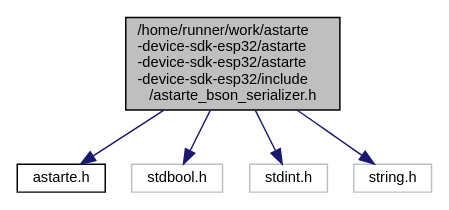
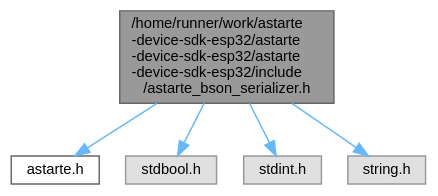
One commit to astarte-platform/docs changed the diagram in device-sdks/esp32/snapshot/api/astarte__bson__serializer_8h__incl.dot. Above: the diagram before and after it, drawn with Graphviz. The commit also changed 181 other files, not shown here.

Commit message:
Update ESP32 SDK documentation

```diff
--- a/device-sdks/esp32/snapshot/api/astarte__bson__serializer_8h__incl.dot
+++ b/device-sdks/esp32/snapshot/api/astarte__bson__serializer_8h__incl.dot
@@ -1,15 +1,16 @@
 digraph "/home/runner/work/astarte-device-sdk-esp32/astarte-device-sdk-esp32/astarte-device-sdk-esp32/include/astarte_bson_serializer.h"
 {
  // LATEX_PDF_SIZE
-  edge [fontname="Helvetica",fontsize="10",labelfontname="Helvetica",labelfontsize="10"];
-  node [fontname="Helvetica",fontsize="10",shape=record];
-  Node1 [label="/home/runner/work/astarte\l-device-sdk-esp32/astarte\l-device-sdk-esp32/astarte\l-device-sdk-esp32/include\l/astarte_bson_serializer.h",height=0.2,width=0.4,color="black", fillcolor="grey75", style="filled", fontcolor="black",tooltip="Astarte BSON serializer functions."];
-  Node1 -> Node2 [color="midnightblue",fontsize="10",style="solid",fontname="Helvetica"];
-  Node2 [label="astarte.h",height=0.2,width=0.4,color="black", fillcolor="white", style="filled",URL="$astarte_8h.html",tooltip="Astarte types and defines."];
-  Node1 -> Node3 [color="midnightblue",fontsize="10",style="solid",fontname="Helvetica"];
-  Node3 [label="stdbool.h",height=0.2,width=0.4,color="grey75", fillcolor="white", style="filled",tooltip=" "];
-  Node1 -> Node4 [color="midnightblue",fontsize="10",style="solid",fontname="Helvetica"];
-  Node4 [label="stdint.h",height=0.2,width=0.4,color="grey75", fillcolor="white", style="filled",tooltip=" "];
-  Node1 -> Node5 [color="midnightblue",fontsize="10",style="solid",fontname="Helvetica"];
-  Node5 [label="string.h",height=0.2,width=0.4,color="grey75", fillcolor="white", style="filled",tooltip=" "];
+  bgcolor="transparent";
+  edge [fontname=Helvetica,fontsize=10,labelfontname=Helvetica,labelfontsize=10];
+  node [fontname=Helvetica,fontsize=10,shape=box,height=0.2,width=0.4];
+  Node1 [id="Node000001",label="/home/runner/work/astarte\l-device-sdk-esp32/astarte\l-device-sdk-esp32/astarte\l-device-sdk-esp32/include\l/astarte_bson_serializer.h",height=0.2,width=0.4,color="gray40", fillcolor="grey60", style="filled", fontcolor="black",tooltip="Astarte BSON serializer functions."];
+  Node1 -> Node2 [id="edge1_Node000001_Node000002",color="steelblue1",style="solid",tooltip=" "];
+  Node2 [id="Node000002",label="astarte.h",height=0.2,width=0.4,color="grey40", fillcolor="white", style="filled",URL="$astarte_8h.html",tooltip="Astarte types and defines."];
+  Node1 -> Node3 [id="edge2_Node000001_Node000003",color="steelblue1",style="solid",tooltip=" "];
+  Node3 [id="Node000003",label="stdbool.h",height=0.2,width=0.4,color="grey60", fillcolor="#E0E0E0", style="filled",tooltip=" "];
+  Node1 -> Node4 [id="edge3_Node000001_Node000004",color="steelblue1",style="solid",tooltip=" "];
+  Node4 [id="Node000004",label="stdint.h",height=0.2,width=0.4,color="grey60", fillcolor="#E0E0E0", style="filled",tooltip=" "];
+  Node1 -> Node5 [id="edge4_Node000001_Node000005",color="steelblue1",style="solid",tooltip=" "];
+  Node5 [id="Node000005",label="string.h",height=0.2,width=0.4,color="grey60", fillcolor="#E0E0E0", style="filled",tooltip=" "];
 }
```
